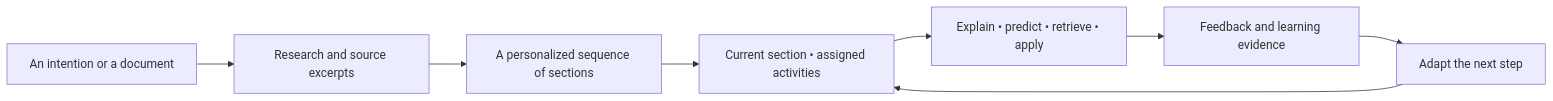
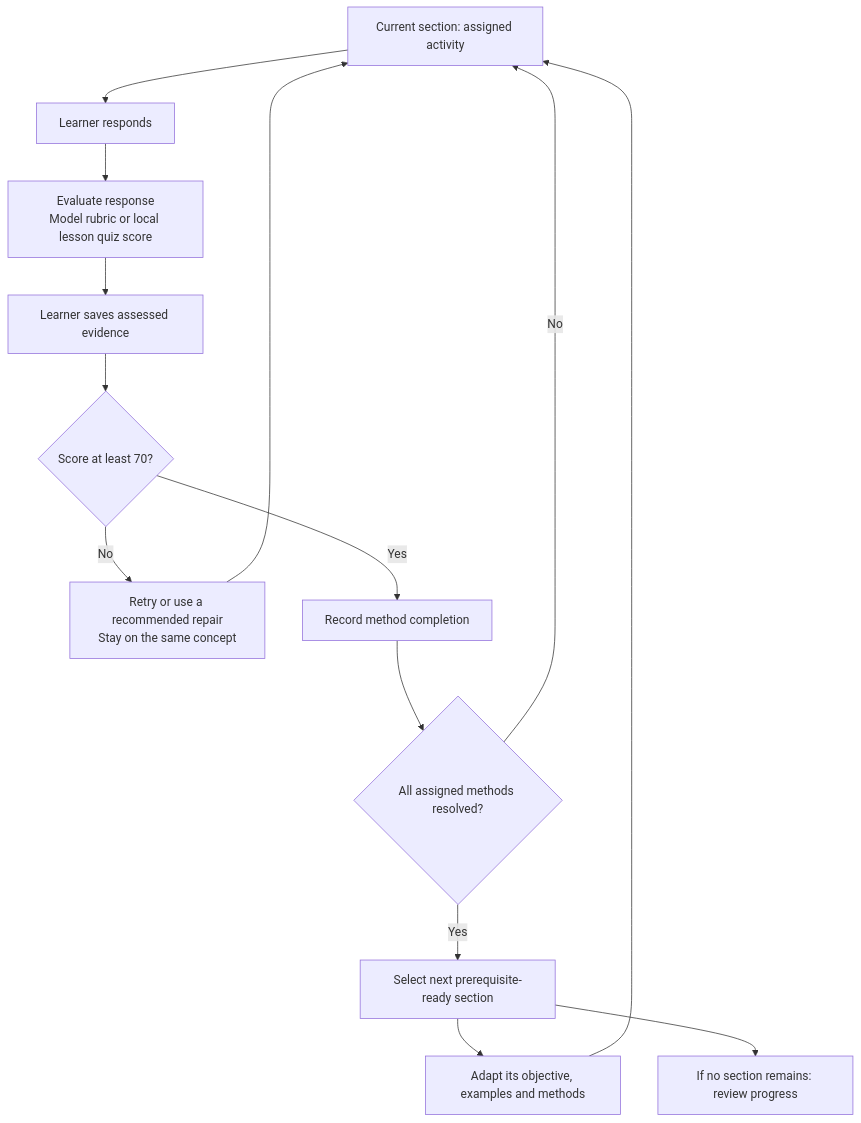
One commit to Ar1haraNaN7mI/LuMap---Celestial-Frontier changed the first of 8 diagrams in README.md. Above: the diagram before and after it, drawn with Mermaid. The commit also changed other lines of this file and 6 other files, not shown here.

Commit message:
Expand README with learning workflows, system architecture and LumaPath-RL design

````diff
--- a/README.md
+++ b/README.md
@@ -24,10 +60,16 @@
 ```mermaid
-flowchart LR
-    A["An intention or a document"] --> B["Research and source excerpts"]
-    B --> C["A personalized sequence of sections"]
-    C --> D["Current section • assigned activities"]
-    D --> E["Explain • predict • retrieve • apply"]
-    E --> F["Feedback and learning evidence"]
-    F --> G["Adapt the next step"]
-    G --> D
+flowchart TD
+    A["Current section: assigned activity"] --> B["Learner responds"]
+    B --> C["Evaluate response\nModel rubric or local lesson quiz score"]
+    C --> D["Learner saves assessed evidence"]
+    D --> E{"Score at least 70?"}
+    E -->|No| F["Retry or use a recommended repair\nStay on the same concept"]
+    F --> A
+    E -->|Yes| G["Record method completion"]
+    G --> H{"All assigned methods resolved?"}
+    H -->|No| A
+    H -->|Yes| I["Select next prerequisite-ready section"]
+    I --> J["Adapt its objective, examples and methods"]
+    J --> A
+    I --> K["If no section remains: review progress"]
 ```
````
